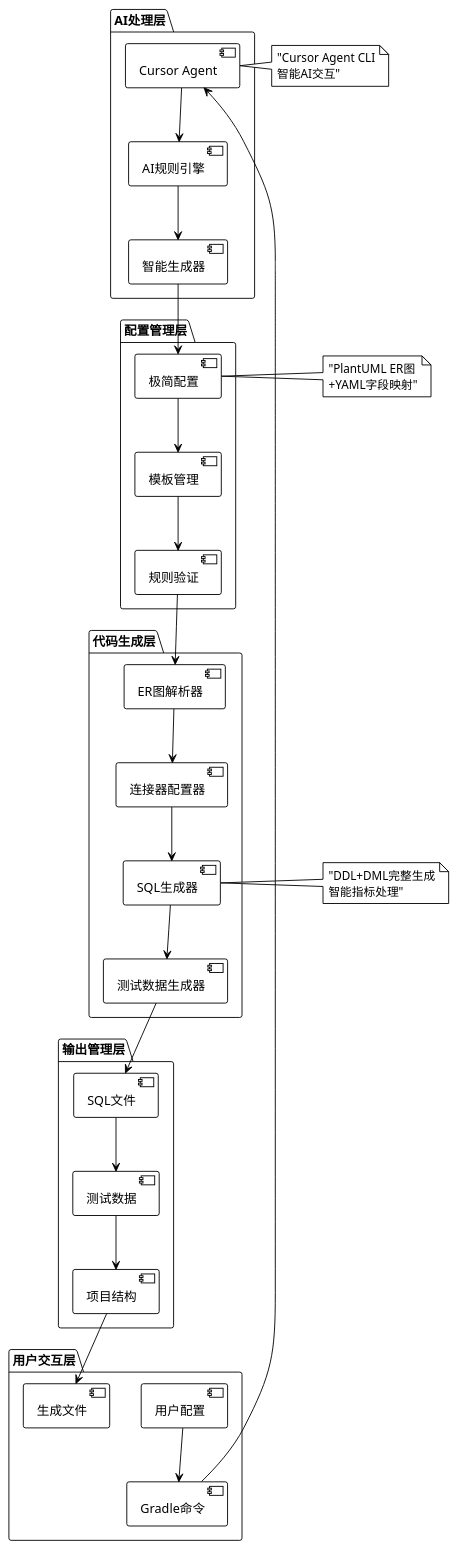
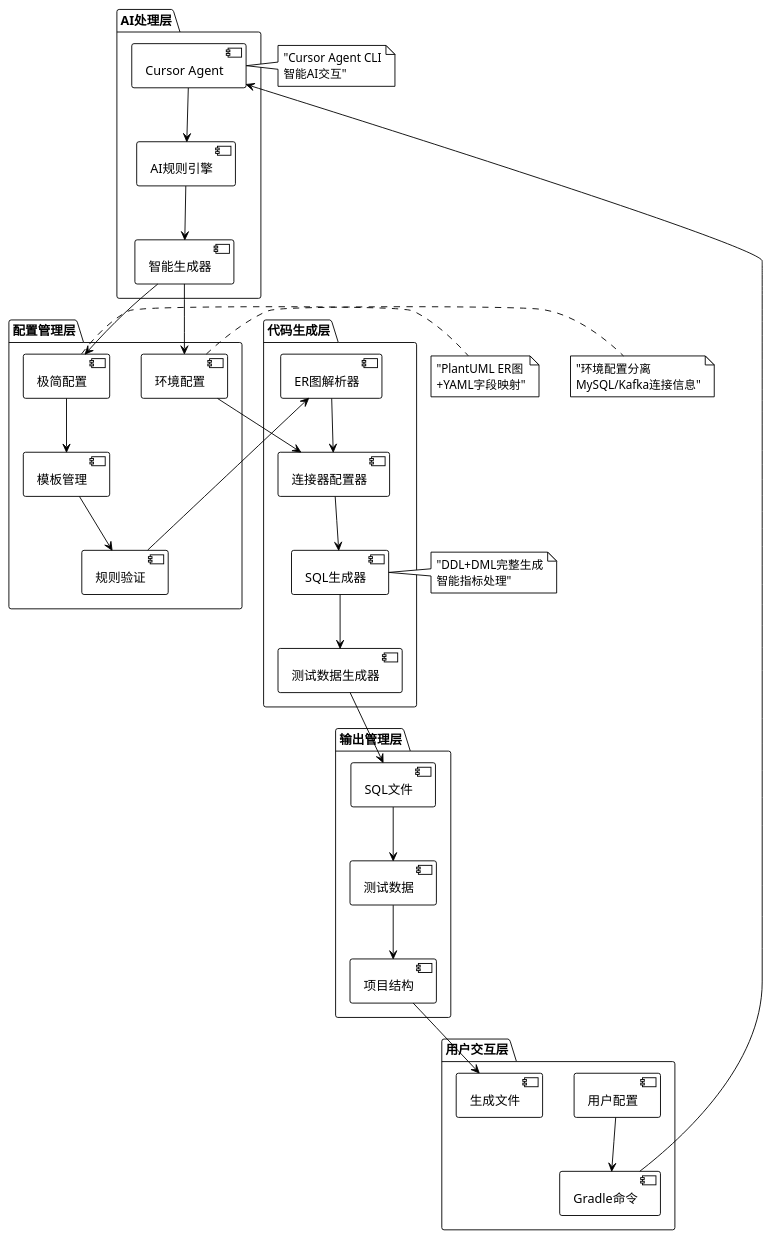
The first of 2 diagrams in docs/系统架构说明文档.md (velamen-L/flink-task), drawn with PlantUML before and after one commit. The commit also changed other lines of this file and 12 other files, not shown here.

````diff
--- a/docs/系统架构说明文档.md
+++ b/docs/系统架构说明文档.md
@@ -29,58 +29,62 @@
 ```plantuml
 @startuml
 !theme plain
 skinparam backgroundColor white
 
 package "用户交互层" {
   [用户配置] as config
   [Gradle命令] as gradle
   [生成文件] as output
 }
 
 package "AI处理层" {
   [Cursor Agent] as agent
   [AI规则引擎] as rules
   [智能生成器] as generator
 }
 
 package "配置管理层" {
   [极简配置] as simple_config
+  [环境配置] as env_config
   [模板管理] as template
   [规则验证] as validation
 }
 
 package "代码生成层" {
   [ER图解析器] as er_parser
   [连接器配置器] as connector_config
   [SQL生成器] as sql_generator
   [测试数据生成器] as test_generator
 }
 
 package "输出管理层" {
   [SQL文件] as sql_file
   [测试数据] as test_data
   [项目结构] as project_structure
 }
 
 config --> gradle
 gradle --> agent
 agent --> rules
 rules --> generator
 generator --> simple_config
+generator --> env_config
 simple_config --> template
+env_config --> connector_config
 template --> validation
 validation --> er_parser
 er_parser --> connector_config
 connector_config --> sql_generator
 sql_generator --> test_generator
 test_generator --> sql_file
 sql_file --> test_data
 test_data --> project_structure
 project_structure --> output
 
 note right of agent : "Cursor Agent CLI\n智能AI交互"
 note right of simple_config : "PlantUML ER图\n+YAML字段映射"
+note right of env_config : "环境配置分离\nMySQL/Kafka连接信息"
 note right of sql_generator : "DDL+DML完整生成\n智能指标处理"
 
 @enduml
 ```
````
